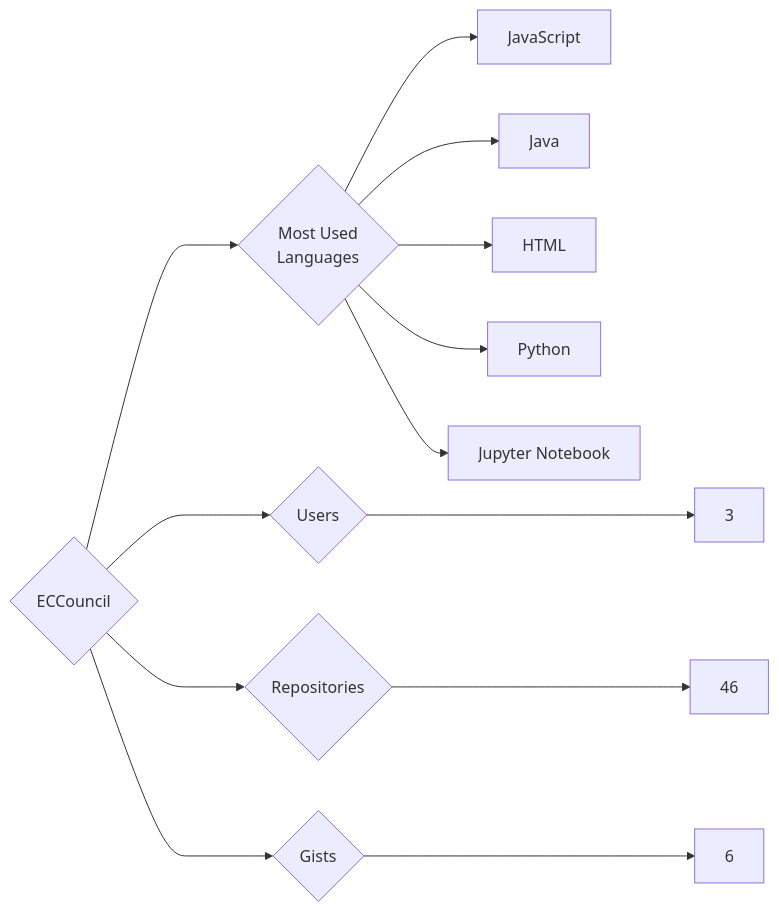
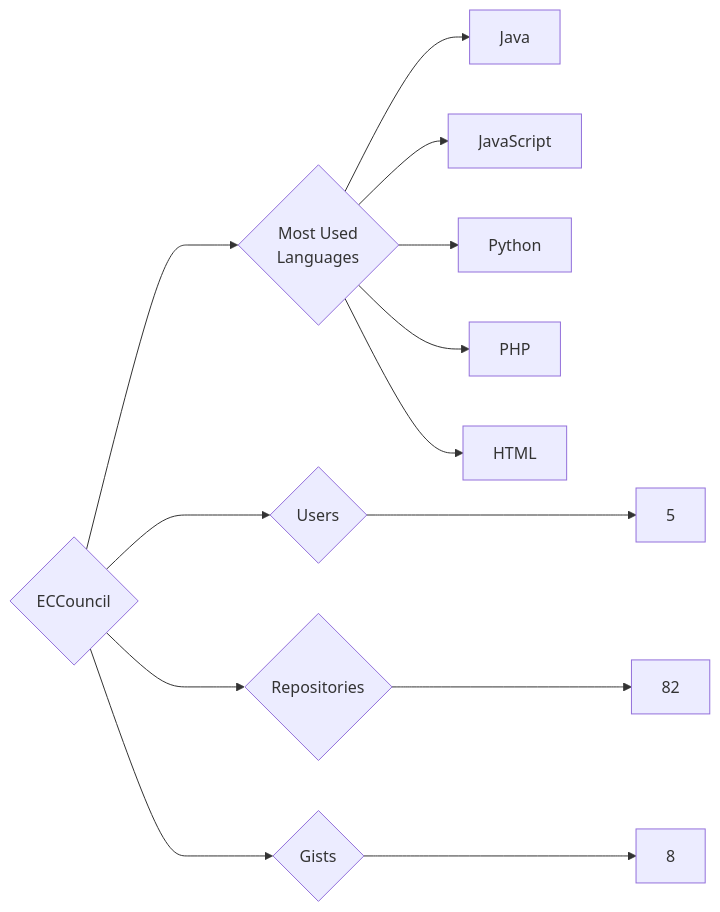
One commit to trickest/insiders changed the diagram in targets/ECCouncil/README.md. Above: the diagram before and after it, drawn with Mermaid. The commit also changed 1141 other files, not shown here.

````diff
--- a/targets/ECCouncil/README.md
+++ b/targets/ECCouncil/README.md
@@ -3,13 +3,13 @@
 ```mermaid
 graph LR
 COMPANY_NAME{ECCouncil}
-COMPANY_NAME ---> U{Users} ---> UN[3]
-COMPANY_NAME ---> R{Repositories} ---> RN[46]
-COMPANY_NAME ---> G{Gists} ---> GN[6]
+COMPANY_NAME ---> U{Users} ---> UN[5]
+COMPANY_NAME ---> R{Repositories} ---> RN[82]
+COMPANY_NAME ---> G{Gists} ---> GN[8]
 COMPANY_NAME ---> ML{Most Used<br>Languages}
+ML --> Java[Java]
 ML --> JavaScript[JavaScript]
-ML --> Java[Java]
+ML --> Python[Python]
+ML --> PHP[PHP]
 ML --> HTML[HTML]
-ML --> Python[Python]
-ML --> Jupyter_Notebook[Jupyter Notebook]
 ```
````
